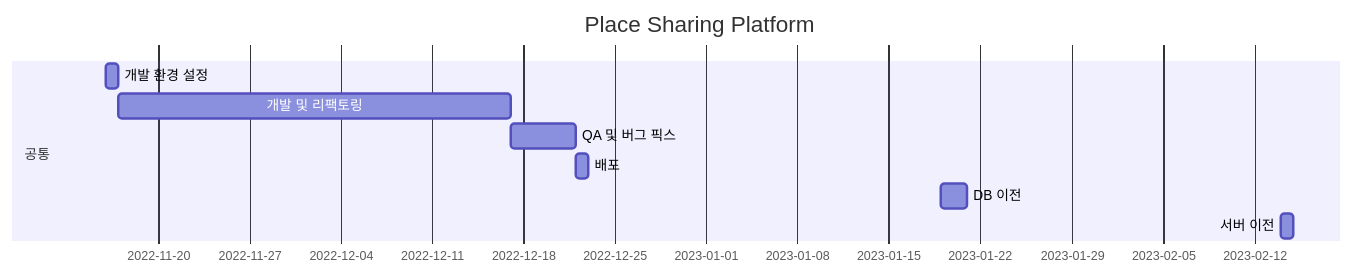
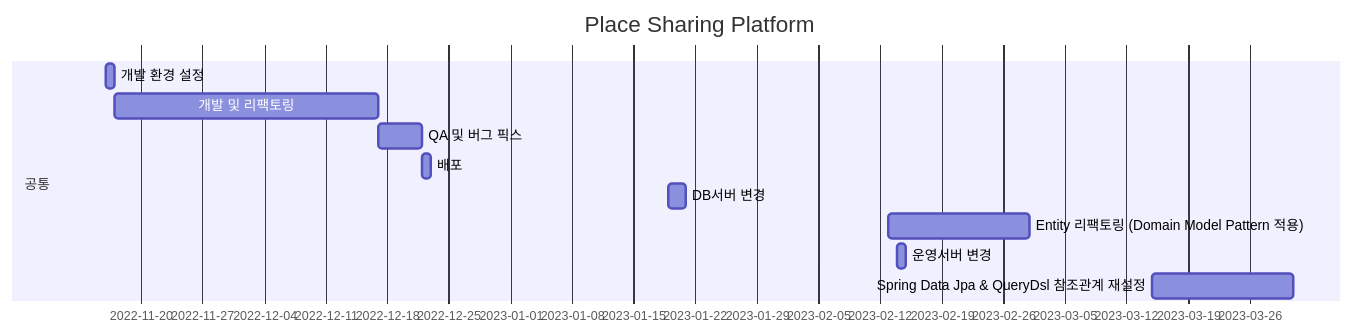
Before and after one commit to Hell-O-Demon-World/PlaceSharingPlatformBETest: the diagram in README.md, drawn with Mermaid. The commit also changed other lines of this file, not shown here.

Commit message:
update : README

````diff
--- a/README.md
+++ b/README.md
@@ -83,14 +84,16 @@
 ```mermaid  
 gantt  
 	dateFormat YYYY-MM-DD  
 	title Place Sharing Platform  
   
     section 공통  
-    개발 환경 설정 :chap1, 2022-11-16, 1d  
-    개발 및 리팩토링 :chap2, 2022-11-17, 2022-12-17
-	QA 및 버그 픽스: chap3, 2022-12-17, 2022-12-22
-	배포: chap4, 2022-12-22, 2022-12-23
-	DB 이전 : chap5, 2023-01-19, 2023-01-21
-	서버 이전 : chap6, 2023-02-14, 2023-02-15
+    개발 환경 설정 : chap1, 2022-11-16, 1d  
+    개발 및 리팩토링 : chap2, 2022-11-17, 2022-12-17
+	QA 및 버그 픽스 : chap3, 2022-12-17, 2022-12-22
+	배포 : chap4, 2022-12-22, 2022-12-23
+	DB서버 변경 : chap5, 2023-01-19, 2023-01-21
+    Entity 리팩토링 (Domain Model Pattern 적용) : chap6, 2023-02-13, 2023-03-01
+	운영서버 변경 : chap7, 2023-02-14, 2023-02-15
+	Spring Data Jpa & QueryDsl 참조관계 재설정 : chap8, 2023-03-15, 2023-03-31
 	
 ```
````
